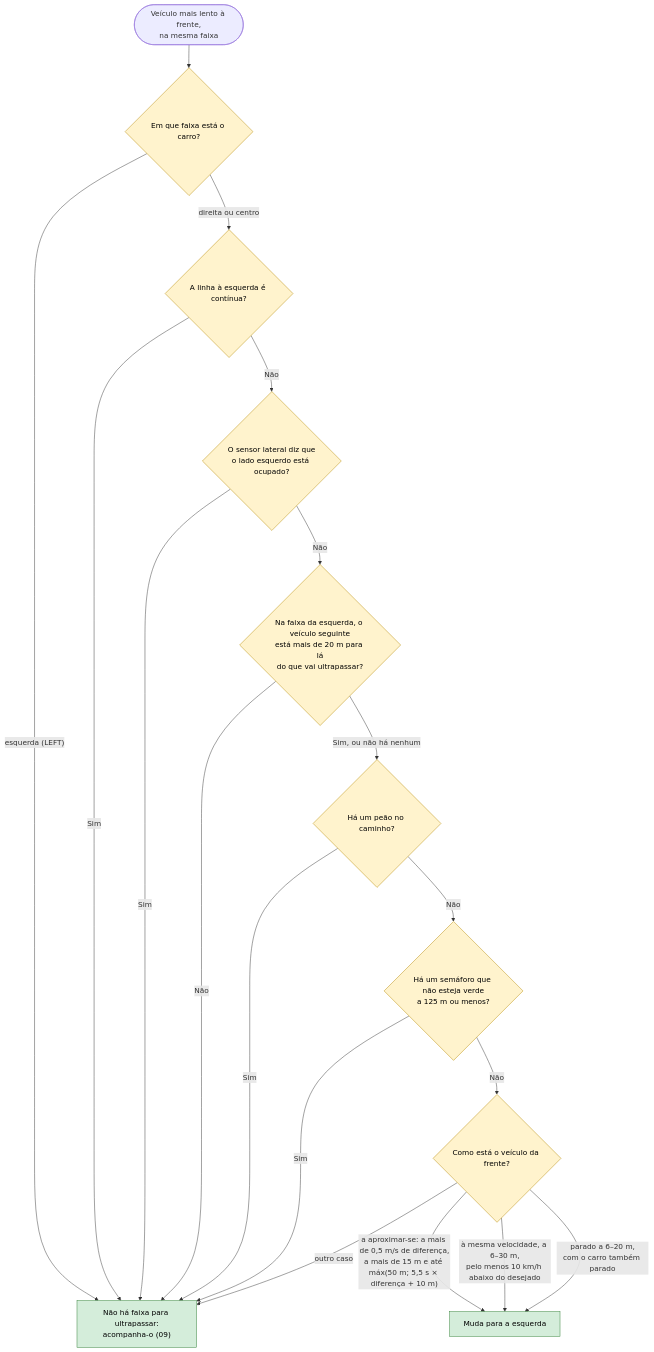
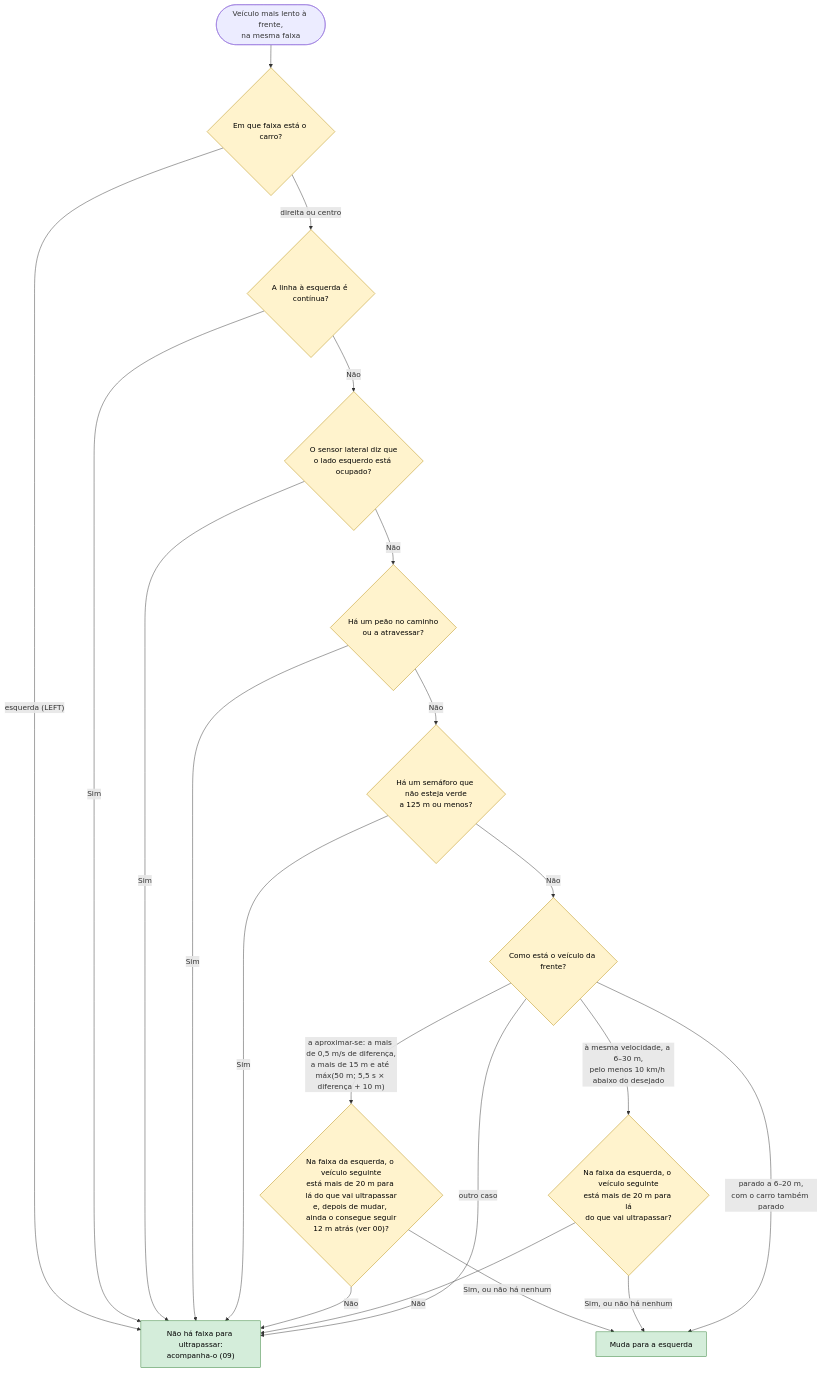
One commit to 1-2Drive/projeto-1 changed the first of 4 diagrams in docs/fluxogramas/fluxogramas_apresentar/11-ultrapassagens.md. Above: the diagram before and after it, drawn with Mermaid. The commit also changed other lines of this file and 38 other files, not shown here.

````diff
--- a/docs/fluxogramas/fluxogramas_apresentar/11-ultrapassagens.md
+++ b/docs/fluxogramas/fluxogramas_apresentar/11-ultrapassagens.md
@@ -7,25 +7,27 @@
 ```mermaid
 flowchart TD
     S(["Veículo mais lento à frente,<br/>na mesma faixa"]) --> Q1{"Em que faixa está o carro?"}
     Q1 -- "esquerda (LEFT)" --> A1["Não há faixa para ultrapassar:<br/>acompanha-o (09)"]
     Q1 -- "direita ou centro" --> Q2{"A linha à esquerda é contínua?"}
     Q2 -- "Sim" --> A1
     Q2 -- "Não" --> Q3{"O sensor lateral diz que<br/>o lado esquerdo está ocupado?"}
     Q3 -- "Sim" --> A1
-    Q3 -- "Não" --> Q4{"Na faixa da esquerda, o veículo seguinte<br/>está mais de 20 m para lá<br/>do que vai ultrapassar?"}
-    Q4 -- "Não" --> A1
-    Q4 -- "Sim, ou não há nenhum" --> Q5{"Há um peão no caminho?"}
+    Q3 -- "Não" --> Q5{"Há um peão no caminho<br/>ou a atravessar?"}
     Q5 -- "Sim" --> A1
     Q5 -- "Não" --> Q6{"Há um semáforo que não esteja verde<br/>a 125 m ou menos?"}
     Q6 -- "Sim" --> A1
     Q6 -- "Não" --> Q7{"Como está o veículo da frente?"}
-    Q7 -- "a aproximar-se: a mais de 0,5 m/s de diferença,<br/>a mais de 15 m e até máx(50 m; 5,5 s × diferença + 10 m)" --> A2["Muda para a esquerda"]
-    Q7 -- "à mesma velocidade, a 6–30 m,<br/>pelo menos 10 km/h abaixo do desejado" --> A2
+    Q7 -- "a aproximar-se: a mais de 0,5 m/s de diferença,<br/>a mais de 15 m e até máx(50 m; 5,5 s × diferença + 10 m)" --> Q4{"Na faixa da esquerda, o veículo seguinte<br/>está mais de 20 m para lá do que vai ultrapassar<br/>e, depois de mudar, ainda o consegue seguir<br/>12 m atrás (ver 00)?"}
+    Q4 -- "Sim, ou não há nenhum" --> A2["Muda para a esquerda"]
+    Q4 -- "Não" --> A1
+    Q7 -- "à mesma velocidade, a 6–30 m,<br/>pelo menos 10 km/h abaixo do desejado" --> Q4b{"Na faixa da esquerda, o veículo seguinte<br/>está mais de 20 m para lá<br/>do que vai ultrapassar?"}
+    Q4b -- "Sim, ou não há nenhum" --> A2
+    Q4b -- "Não" --> A1
     Q7 -- "parado a 6–20 m,<br/>com o carro também parado" --> A2
     Q7 -- "outro caso" --> A1
 
     classDef dec fill:#fff3cd,stroke:#b58900,color:#000
     classDef acao fill:#d4edda,stroke:#2e7d32,color:#000
-    class Q1,Q2,Q3,Q4,Q5,Q6,Q7 dec
+    class Q1,Q2,Q3,Q4,Q4b,Q5,Q6,Q7 dec
     class A1,A2 acao
 ```
````
